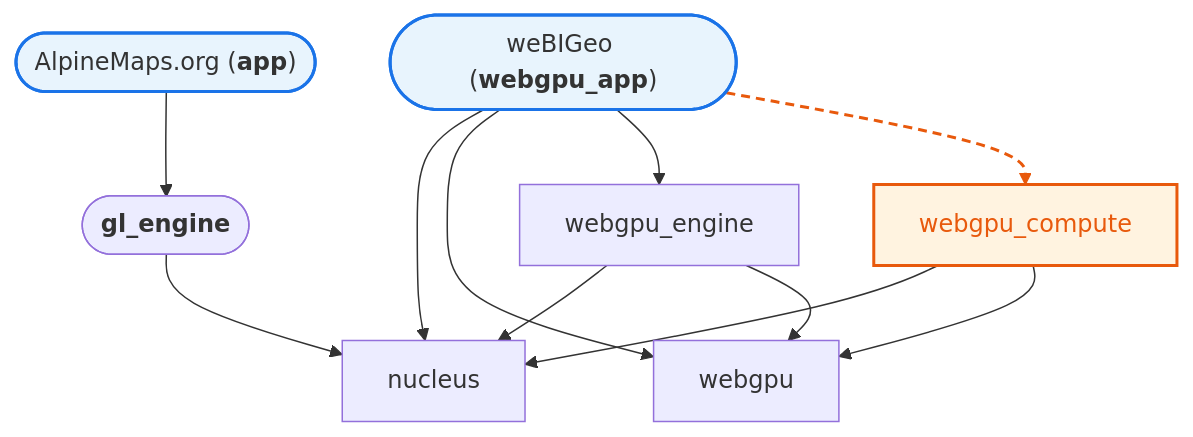
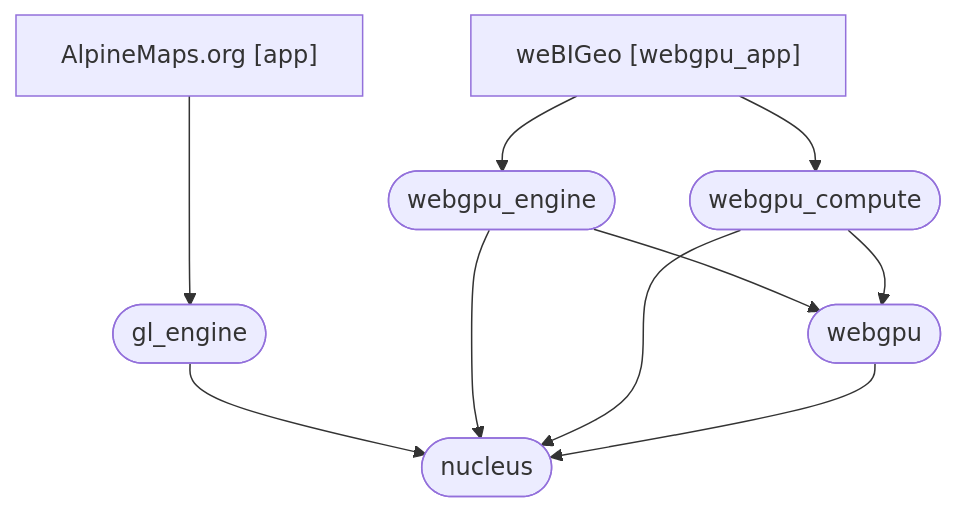
The diagram in README.md (weBIGeo/webigeo), drawn with Mermaid before and after one commit. The commit also changed other lines of this file, not shown here.

Commit message:
add: round shape for library

````diff
--- a/README.md
+++ b/README.md
@@ -22,26 +21,23 @@
 ```mermaid
 graph TD
-    app(["`AlpineMaps.org (**app**)`"])
-    webgpu_app(["`weBIGeo (**webgpu_app**)`"])
-    gl_engine(["`**gl_engine**`"])
+    app["AlpineMaps.org [app]"]
+    webgpu_app["weBIGeo [webgpu_app]"]
+    gl_engine(["gl_engine"])
+    webgpu_compute(["webgpu_compute"])
+    webgpu(["webgpu"])
+    nucleus(["nucleus"])
+    webgpu_engine(["webgpu_engine"])
 
-    app --> gl_engine
-    webgpu_app --> nucleus
-    webgpu_app --> webgpu
+    app ---> gl_engine
     webgpu_app --> webgpu_engine
     webgpu_app --> webgpu_compute
     gl_engine --> nucleus
     webgpu_engine --> nucleus
     webgpu_engine --> webgpu
     webgpu_compute --> nucleus
     webgpu_compute --> webgpu
-
-    linkStyle 4 stroke:#e8590c,stroke-width:2px,stroke-dasharray: 6 4
-    classDef optional fill:#fff3e0,stroke:#e8590c,stroke-width:2px,color:#e8590c
-    class webgpu_compute optional
-    classDef appNode fill:#e8f4fd,stroke:#1a73e8,stroke-width:2px
-    class app,webgpu_app appNode
+    webgpu --> nucleus
 
     click app "docs/app.md"
     click webgpu_app "docs/webgpu-app.md"
 ```
````
